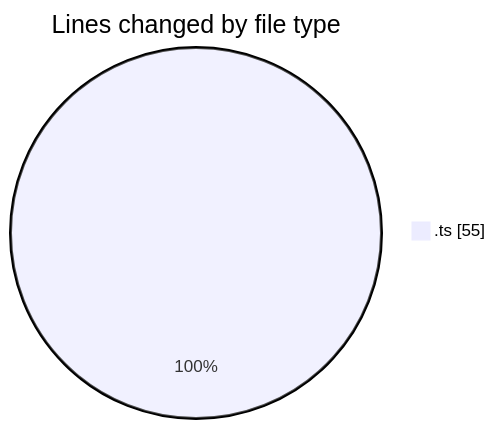
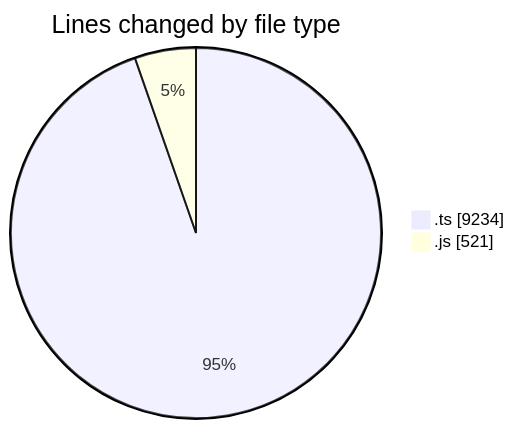
Before and after one commit to momahboobian/code-tracking: the first of 2 diagrams in 2025-08-14/cda/README.md, drawn with Mermaid. The commit also changed other lines of this file and 1 other file, not shown here.

````diff
--- a/2025-08-14/cda/README.md
+++ b/2025-08-14/cda/README.md
@@ -22,5 +23,6 @@
 ```mermaid
 pie showData
 title Lines changed by file type
-".ts" : 55
+".ts" : 9234
+".js" : 521
 ```
````
